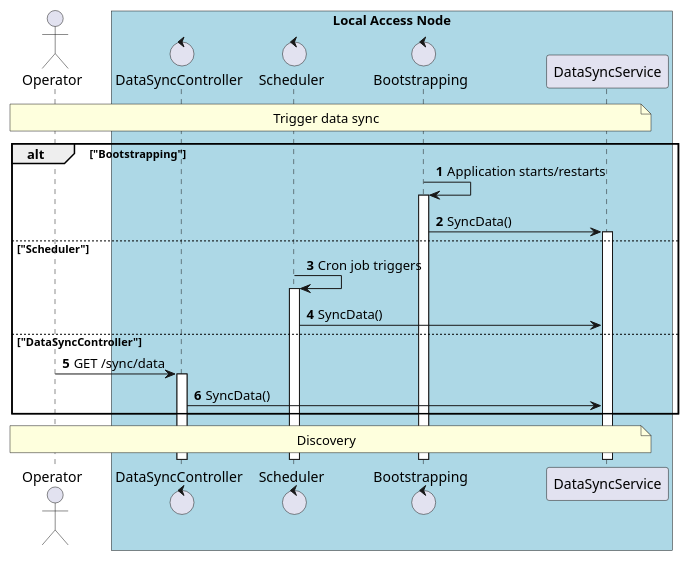
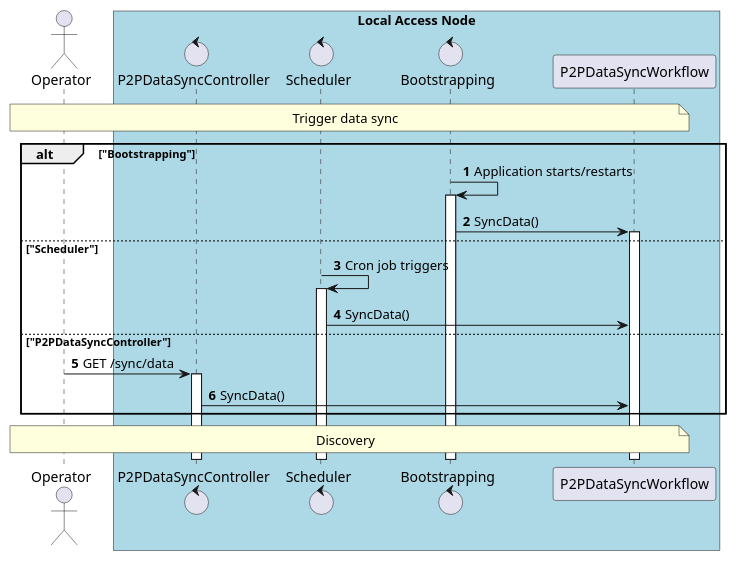
The diagram in desmos-tech-doc/diagrams/use-case-data-synchronization-1-triggering.puml (in2workspace/in2-guides), drawn with PlantUML before and after one commit. The commit also changed 10 other files, not shown here.

```diff
--- a/desmos-tech-doc/diagrams/use-case-data-synchronization-1-triggering.puml
+++ b/desmos-tech-doc/diagrams/use-case-data-synchronization-1-triggering.puml
@@ -1,39 +1,39 @@
 @startuml
 'https://plantuml.com/sequence-diagram
 
 autonumber
 skinparam BoxPadding 10
 
 ' -------------------- Headers -------------------- '
 
 actor "Operator" as operator
 
 box "Local Access Node" #LightBlue
-    control "DataSyncController" as data_sync_controller
+    control "P2PDataSyncController" as p2p_data_sync_controller_workflow
     control "Scheduler" as scheduler
     control "Bootstrapping" as bootstrapping
-    participant "DataSyncService" as data_sync_service
+    participant "P2PDataSyncWorkflow" as p2p_data_sync_workflow
 end box
 
 ' -------------------- Diagram -------------------- '
 
-note over operator, data_sync_service
+note over operator, p2p_data_sync_workflow
     Trigger data sync
 end note
 
 alt "Bootstrapping"
     bootstrapping -> bootstrapping++: Application starts/restarts
-    bootstrapping -> data_sync_service++: SyncData()
+    bootstrapping -> p2p_data_sync_workflow++: SyncData()
 else "Scheduler"
     scheduler -> scheduler++: Cron job triggers
-    scheduler -> data_sync_service: SyncData()
-else "DataSyncController"
-    operator -> data_sync_controller++: GET /sync/data
-    data_sync_controller -> data_sync_service: SyncData()
+    scheduler -> p2p_data_sync_workflow: SyncData()
+else "P2PDataSyncController"
+    operator -> p2p_data_sync_controller_workflow++: GET /sync/data
+    p2p_data_sync_controller_workflow -> p2p_data_sync_workflow: SyncData()
 end
 
-note over operator, data_sync_service
+note over operator, p2p_data_sync_workflow
     Discovery
 end note
 
 @enduml
```
